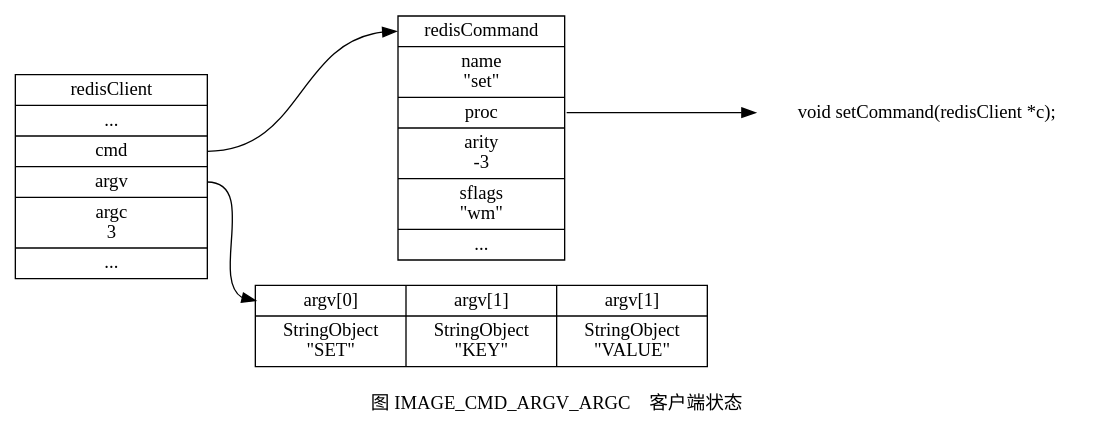
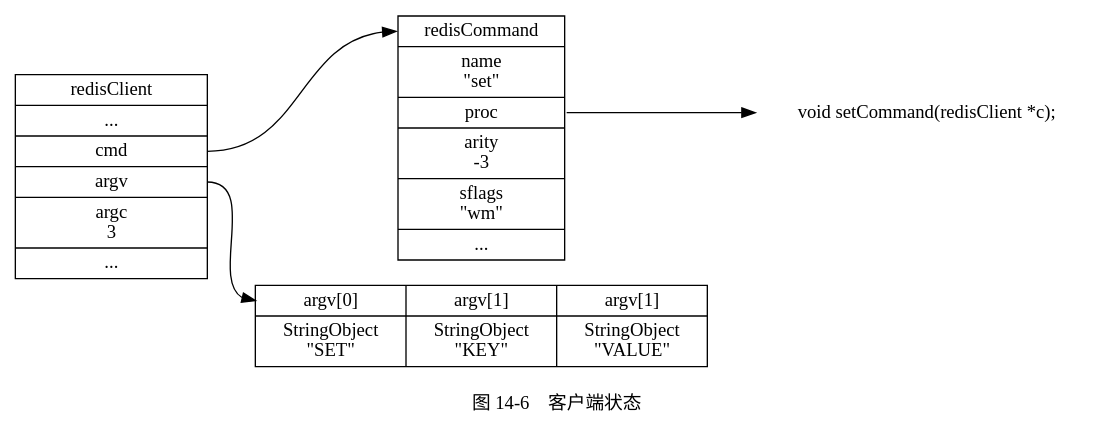
The sixth of 8 diagrams in preview/server/execute_command.rst (huangzworks/redisbook1e), drawn with Graphviz before and after one commit. The commit also changed other lines of this file and 2 other files, not shown here.

```diff
--- a/preview/server/execute_command.rst
+++ b/preview/server/execute_command.rst
@@ -505,26 +505,26 @@
 .. graphviz::
 
     digraph {
 
-        label = "\n 图 IMAGE_CMD_ARGV_ARGC    客户端状态";
+        label = "\n 图 14-6    客户端状态";
 
         //
 
         rankdir = LR;
 
         node [shape = record];
 
         redisClient [label = " redisClient | ... | <cmd> cmd | <argv> argv | argc \n 3 | ... ", width = 2];
 
         set [label = " <head> redisCommand | name \n \"set\" | <proc> proc | arity \n -3 | sflags \n \"wm\" | ... "];
 
         setCommand [label = "void setCommand(redisClient *c);", shape = plaintext];
         //* fix editor highlight
 
         redisClient:cmd -> set:head; set:proc -> setCommand;
 
         argv [label = " { { <head> argv[0] | StringObject \n \"SET\" } | { argv[1] | StringObject \n \"KEY\" } | { argv[1] | StringObject \n \"VALUE\" } } "];
 
         redisClient:argv -> argv:head;
 
     }
```
